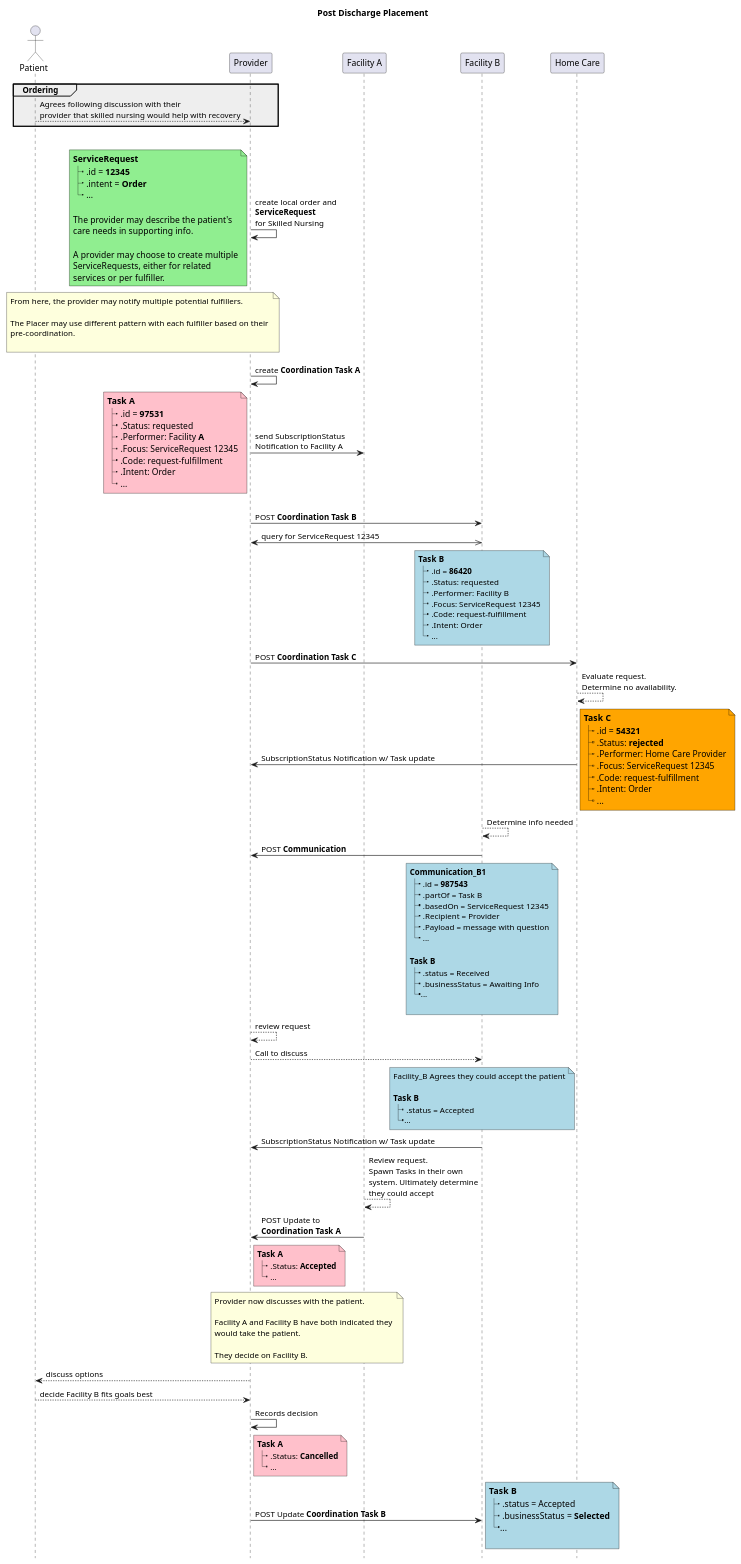
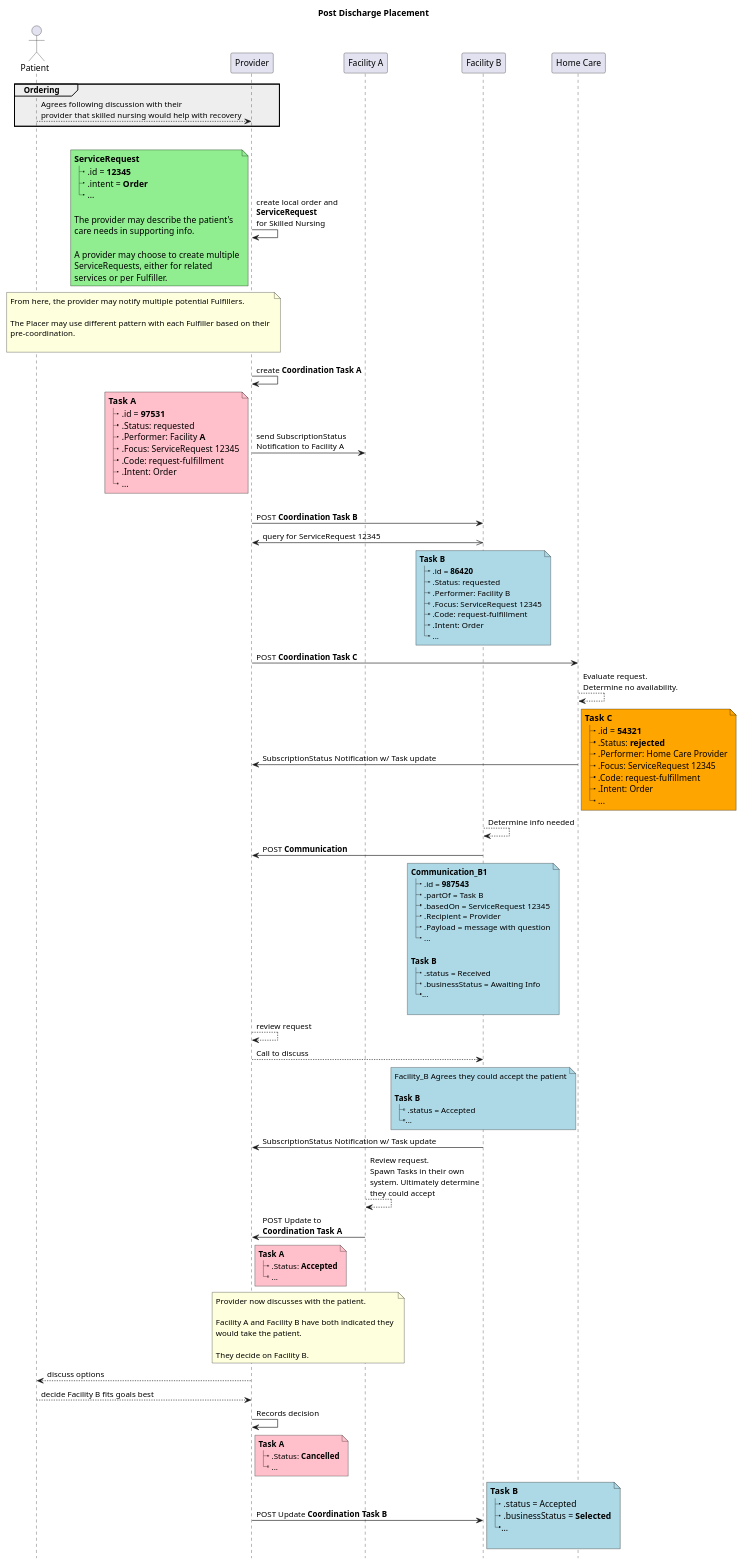
One commit to HL7/fhir-cow-ig changed the diagram in input/images-source/ex7-discharge-placement.plantuml. Above: the diagram before and after it, drawn with PlantUML. The commit also changed 36 other files, not shown here.

Commit message:
Placer and Fulfiller capitalization

```diff
--- a/input/images-source/ex7-discharge-placement.plantuml
+++ b/input/images-source/ex7-discharge-placement.plantuml
@@ -1,182 +1,182 @@
 @startuml
 skinparam svgDimensionStyle false
 'skinparam sequenceMessageAlign center
 title 
 	Post Discharge Placement
 end title
 
 hide footbox
 
 skinparam Note<<resource>> {
     'BackgroundColor Pink
     FontName Consolas
     FontSize 14
     'FontStyle Bold
     BorderColor Black
 }
 
 
 actor "Patient" as Patient
 participant "Provider" as Provider
 participant "Facility A" as Facility_A
 participant "Facility B" as Facility_B
 participant "Home Care" as HC_Provider
 
 group #eee Ordering
 Patient--> Provider: Agrees following discussion with their\nprovider that skilled nursing would help with recovery
 end
 
 group Workflow
 
 Provider -> Provider: create local order and \n**ServiceRequest**\nfor Skilled Nursing 
 
 note left <<resource>> #lightgreen
 **ServiceRequest**
 |_ .id = **12345**
 |_ .intent = **Order**
 |_ ...
 
 The provider may describe the patient's 
 care needs in supporting info.
 
 A provider may choose to create multiple
 ServiceRequests, either for related
-services or per fulfiller.
+services or per Fulfiller.
 end note
 
 
 note over Patient, Provider
-From here, the provider may notify multiple potential fulfillers.
+From here, the provider may notify multiple potential Fulfillers.
 
-The Placer may use different pattern with each fulfiller based on their 
+The Placer may use different pattern with each Fulfiller based on their 
 pre-coordination.  
 
 end note
 ||10||
 
 Provider -> Provider: create **Coordination Task A**
 Provider -> Facility_A: send SubscriptionStatus\nNotification to Facility A
 note left <<resource>> #pink
 **Task A** 
 |_ .id = **97531**
 |_ .Status: requested
 |_ .Performer: Facility **A**
 |_ .Focus: ServiceRequest 12345
 |_ .Code: request-fulfillment
 |_ .Intent: Order
 |_ ...
 end note 
 
 
 ||20||
 
 Provider -> Facility_B: POST **Coordination Task B**
 Facility_B <<-> Provider: query for ServiceRequest 12345
 note over Facility_B #lightblue
 **Task B** 
 |_ .id = **86420**
 |_ .Status: requested
 |_ .Performer: Facility B
 |_ .Focus: ServiceRequest 12345
 |_ .Code: request-fulfillment
 |_ .Intent: Order
 |_ ...
 end note 
 
 
 
 Provider -> HC_Provider: POST **Coordination Task C**
 
 
 HC_Provider --> HC_Provider: Evaluate request.\nDetermine no availability.
 
 HC_Provider -> Provider: SubscriptionStatus Notification w/ Task update
 
 note right <<resource>> #orange
 **Task C** 
 |_ .id = **54321**
 |_ .Status: **rejected**
 |_ .Performer: Home Care Provider
 |_ .Focus: ServiceRequest 12345
 |_ .Code: request-fulfillment
 |_ .Intent: Order
 |_ ...
 end note
 
 
 Facility_B --> Facility_B: Determine info needed
 
 Facility_B -> Provider: POST **Communication**
 
 note over Facility_B #lightblue
 **Communication_B1** 
 |_ .id = **987543**
 |_ .partOf = Task B
 |_ .basedOn = ServiceRequest 12345
 |_ .Recipient = Provider
 |_ .Payload = message with question
 |_ ...
 
 **Task B**
 |_ .status = Received
 |_ .businessStatus = Awaiting Info
 |_...
 
 end note 
 
 Provider --> Provider: review request
 
 Provider --> Facility_B: Call to discuss
 
 note over Facility_B #lightblue
 Facility_B Agrees they could accept the patient
 
 **Task B**
 |_ .status = Accepted
 |_...
 end note 
 
 Facility_B -> Provider: SubscriptionStatus Notification w/ Task update
 
 Facility_A --> Facility_A: Review request.\nSpawn Tasks in their own\nsystem. Ultimately determine\nthey could accept
 
 Facility_A -> Provider: POST Update to\n**Coordination Task A**
 
 note right Provider #pink
 **Task A** 
 |_ .Status: **Accepted**
 |_ ...
 end note 
 
 
 note over Provider, Facility_A
 Provider now discusses with the patient.
 
 Facility A and Facility B have both indicated they 
 would take the patient.
 
 They decide on Facility B.
 end note
 
 Provider --> Patient: discuss options
 
 Patient --> Provider: decide Facility B fits goals best
 
 Provider -> Provider: Records decision
 
 note right Provider #pink
 **Task A** 
 |_ .Status: **Cancelled**
 |_ ...
 end note 
 
 Provider -> Facility_B: POST Update **Coordination Task B**
 
 note right <<resource>> #lightblue
 **Task B**
 |_ .status = Accepted
 |_ .businessStatus = **Selected**
 |_...
 
 end note
 @enduml
```
